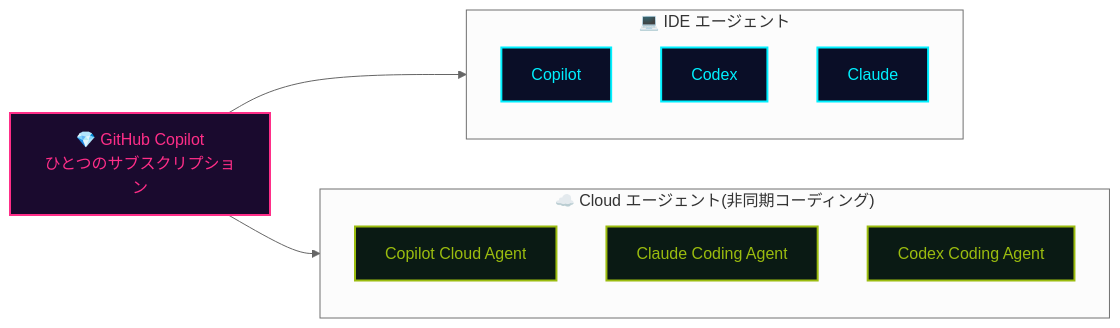
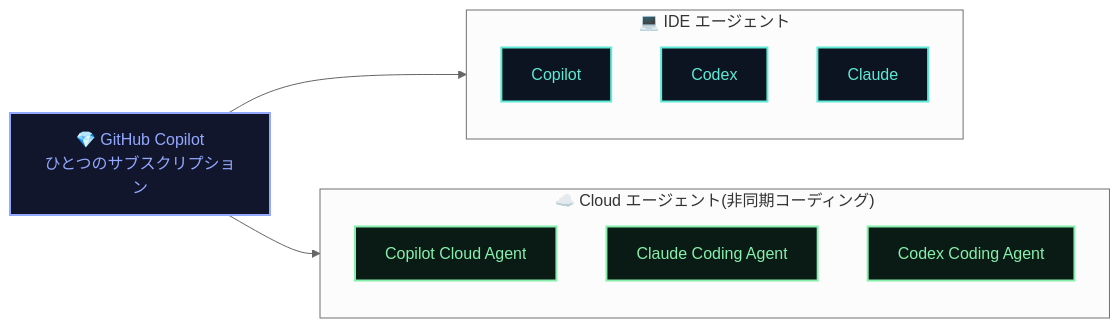
The first of 2 diagrams in src/content/playbook/ja/github-copilot.md (theomonfort/theomonfort), drawn with Mermaid (neutral theme) before and after one commit. The commit also changed other lines of this file and 607 other files, not shown here.

````diff
--- a/src/content/playbook/ja/github-copilot.md
+++ b/src/content/playbook/ja/github-copilot.md
@@ -122,28 +122,28 @@
 ```mermaid
 flowchart LR
   Sub["💎 GitHub Copilot<br/>ひとつのサブスクリプション"]
 
   subgraph IDE["💻 IDE エージェント"]
     direction TB
     VSC["Copilot"]
     JB["Codex"]
     CL["Claude"]
   end
 
   subgraph Cloud["☁️ Cloud エージェント(非同期コーディング)"]
     direction TB
     CA["Copilot Cloud Agent"]
     GH["Claude Coding Agent"]
     GO["Codex Coding Agent"]
   end
 
   Sub --> IDE
   Sub --> Cloud
 
-  classDef sub fill:#1a0a2e,stroke:#ff2e88,color:#ff2e88,stroke-width:2px
-  classDef ide fill:#0a0e27,stroke:#00f0ff,color:#00f0ff,stroke-width:2px
-  classDef cloud fill:#0a1a14,stroke:#9bbc0f,color:#9bbc0f,stroke-width:2px
+  classDef sub fill:#11162c,stroke:#93a8ff,color:#93a8ff,stroke-width:2px
+  classDef ide fill:#0b1420,stroke:#5eead4,color:#5eead4,stroke-width:2px
+  classDef cloud fill:#0a1a14,stroke:#86efac,color:#86efac,stroke-width:2px
   class Sub sub
   class VSC,JB,CL ide
   class CA,GH,GO cloud
 ```
````
